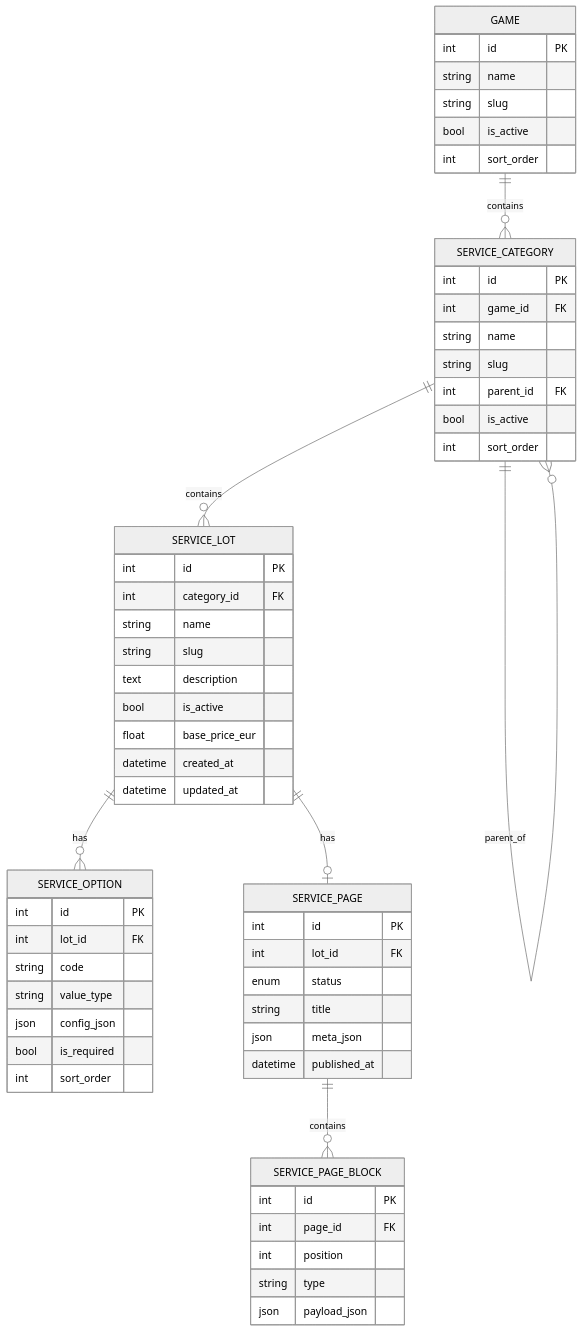
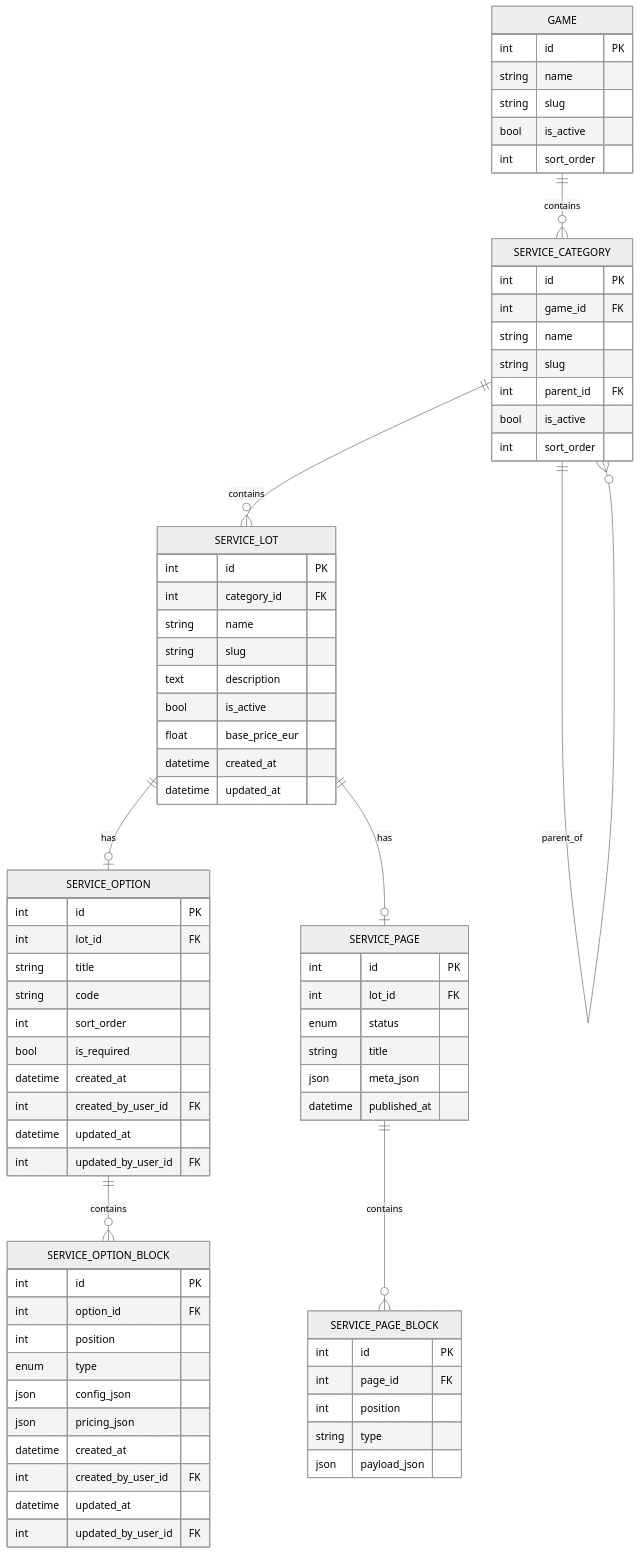
One commit to LogicNotHere/wow changed the third of 6 diagrams in README.md. Above: the diagram before and after it, drawn with Mermaid (neutral theme). The commit also changed other lines of this file, not shown here.

```diff
--- a/README.md
+++ b/README.md
@@ -323,7 +352,8 @@
     GAME ||--o{ SERVICE_CATEGORY : contains
     SERVICE_CATEGORY ||--o{ SERVICE_CATEGORY : parent_of
     SERVICE_CATEGORY ||--o{ SERVICE_LOT : contains
-    SERVICE_LOT ||--o{ SERVICE_OPTION : has
+    SERVICE_LOT ||--o| SERVICE_OPTION : has
+    SERVICE_OPTION ||--o{ SERVICE_OPTION_BLOCK : contains
     SERVICE_LOT ||--o| SERVICE_PAGE : has
     SERVICE_PAGE ||--o{ SERVICE_PAGE_BLOCK : contains
 
@@ -360,11 +390,27 @@
     SERVICE_OPTION {
         int id PK
         int lot_id FK
+        string title
         string code
-        string value_type
+        int sort_order
+        bool is_required
+        datetime created_at
+        int created_by_user_id FK
+        datetime updated_at
+        int updated_by_user_id FK
+    }
+
+    SERVICE_OPTION_BLOCK {
+        int id PK
+        int option_id FK
+        int position
+        enum type
         json config_json
-        bool is_required
-        int sort_order
+        json pricing_json
+        datetime created_at
+        int created_by_user_id FK
+        datetime updated_at
+        int updated_by_user_id FK
     }
 
     SERVICE_PAGE {
```
